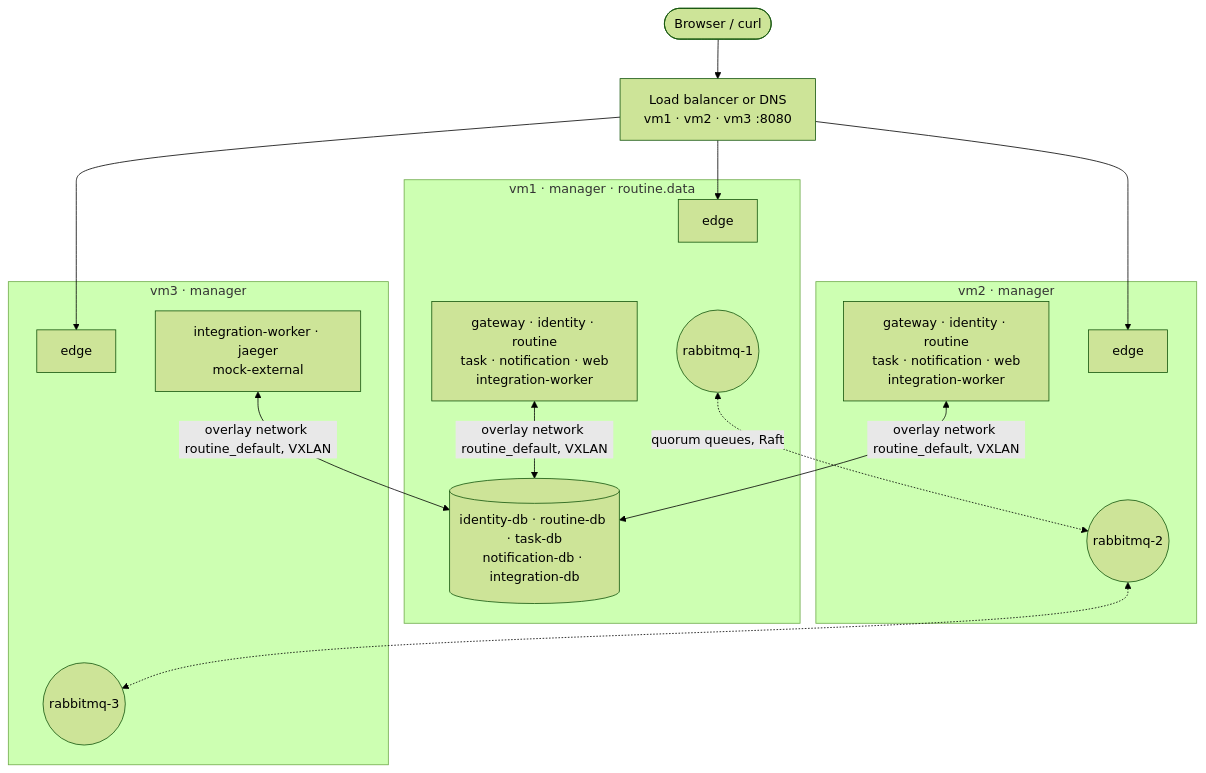
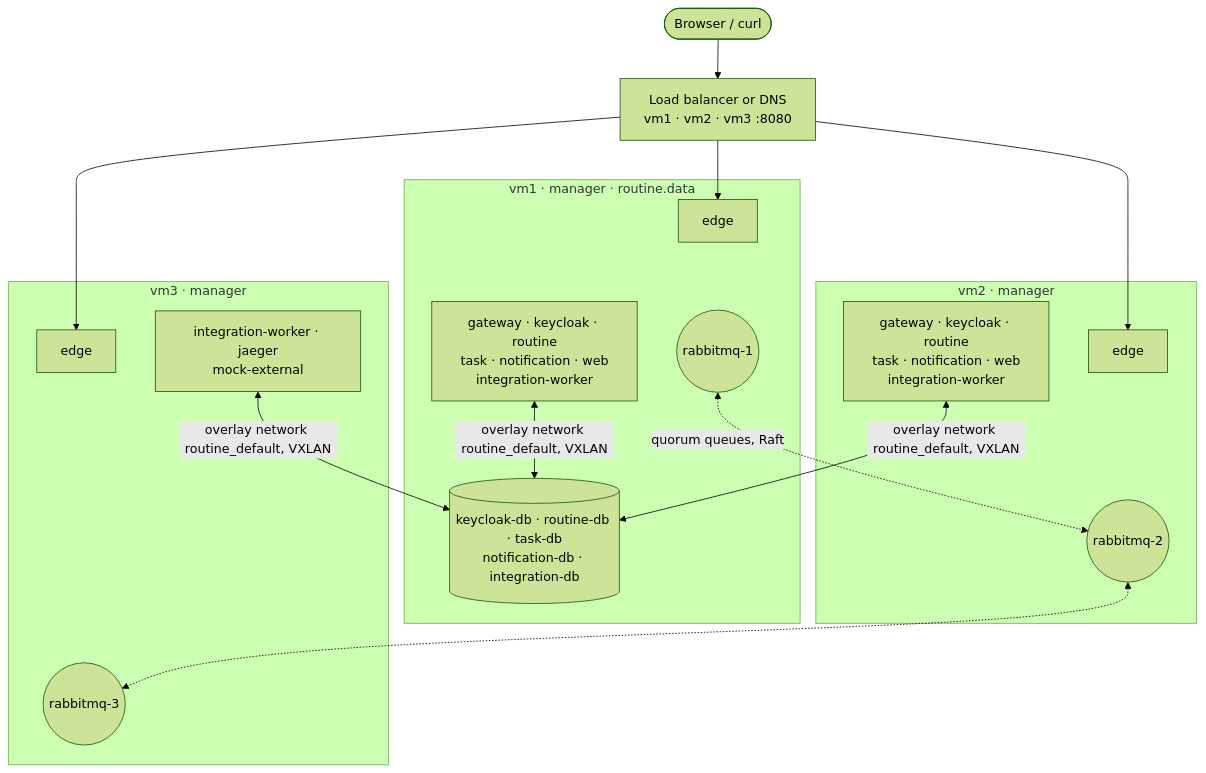
The diagram in docs/deployment.md (sxpersxnic/tbz-m321-routine), drawn with Mermaid (forest theme) before and after one commit. The commit also changed other lines of this file and 2 other files, not shown here.

First line of the commit message:
feat(deploy): Keycloak on the three VMs

````diff
--- a/docs/deployment.md
+++ b/docs/deployment.md
@@ -14,22 +14,22 @@
 ```mermaid
 flowchart TB
     U([Browser / curl]) --> LB[Load balancer or DNS<br/>vm1 · vm2 · vm3 :8080]
     LB --> E1 & E2 & E3
 
     subgraph VM1[vm1 · manager · routine.data]
       E1[edge] ~~~ R1((rabbitmq-1))
-      S1[gateway · identity · routine<br/>task · notification · web<br/>integration-worker]
-      DB[(identity-db · routine-db · task-db<br/>notification-db · integration-db)]
+      S1[gateway · keycloak · routine<br/>task · notification · web<br/>integration-worker]
+      DB[(keycloak-db · routine-db · task-db<br/>notification-db · integration-db)]
     end
     subgraph VM2[vm2 · manager]
       E2[edge] ~~~ R2((rabbitmq-2))
-      S2[gateway · identity · routine<br/>task · notification · web<br/>integration-worker]
+      S2[gateway · keycloak · routine<br/>task · notification · web<br/>integration-worker]
     end
     subgraph VM3[vm3 · manager]
       E3[edge] ~~~ R3((rabbitmq-3))
       S3[integration-worker · jaeger<br/>mock-external]
     end
 
     R1 <-.->|quorum queues, Raft| R2 <-.-> R3
     S1 & S2 & S3 <-->|overlay network routine_default, VXLAN| DB
 ```
````
